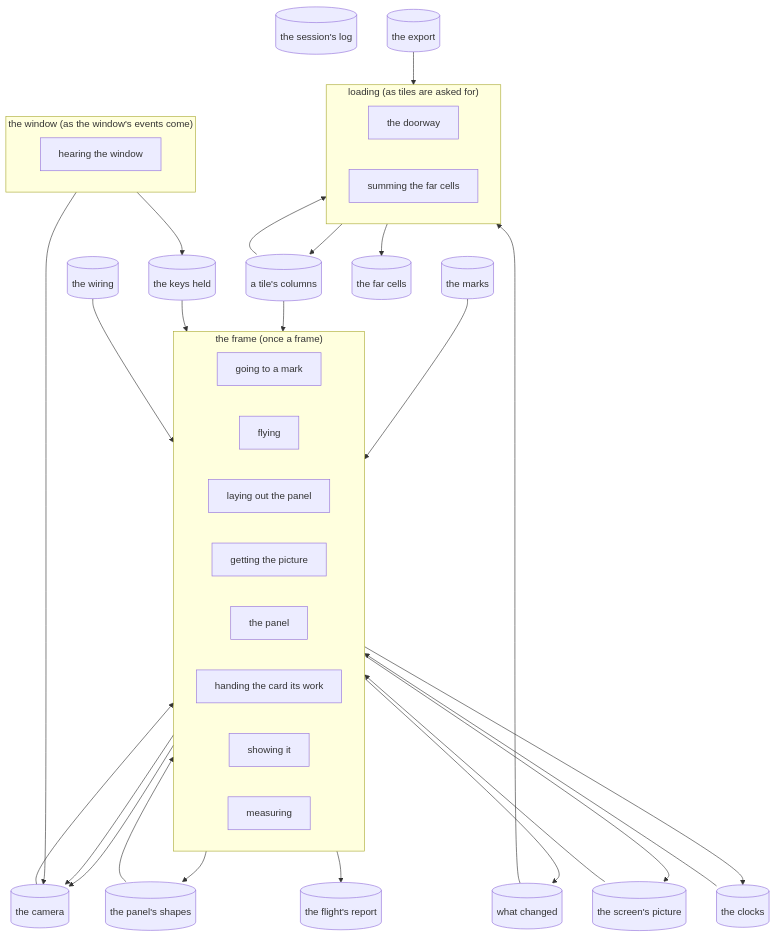
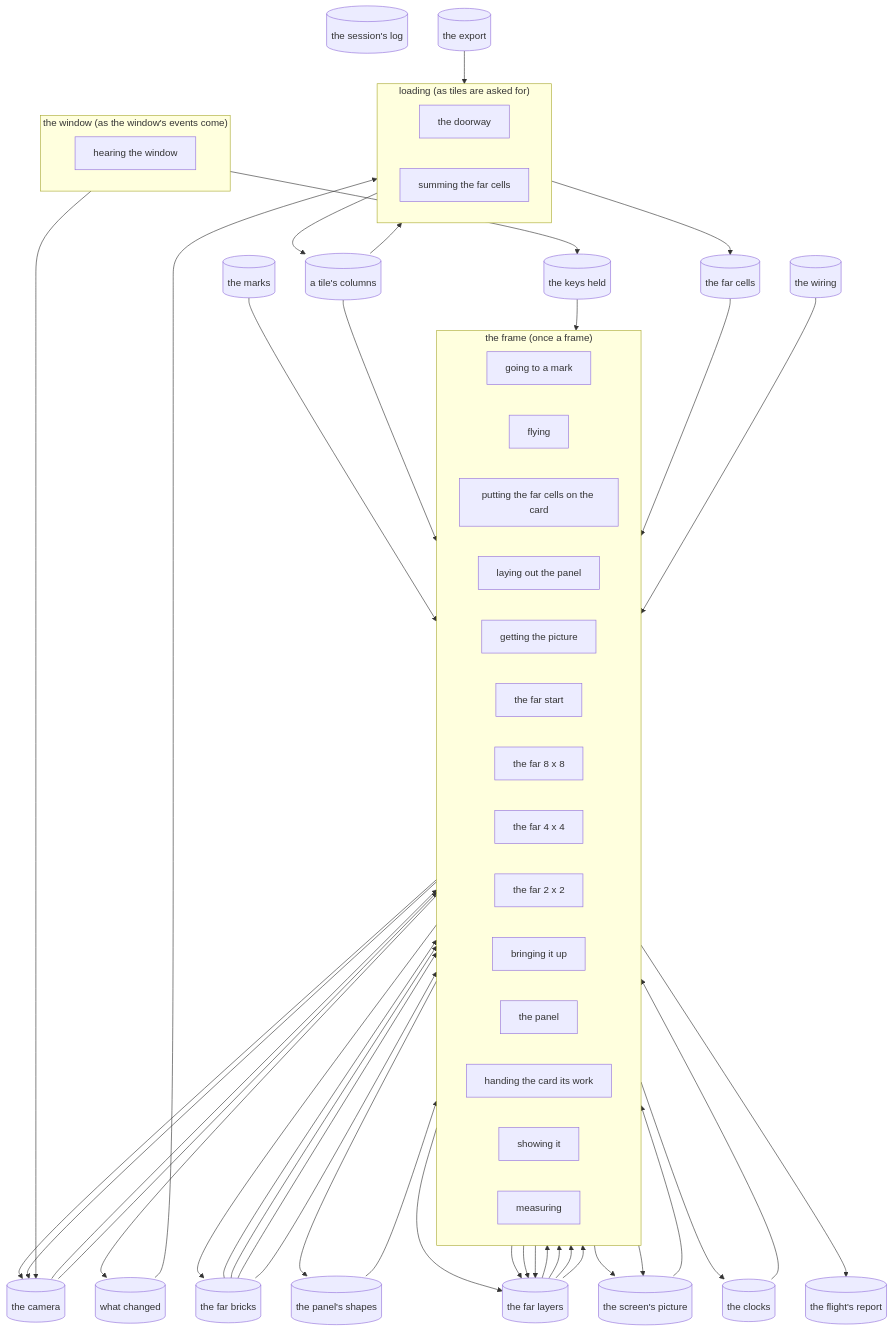
Before and after one commit to david138collins/incus-artus: the diagram in master/map.md, drawn with Mermaid. The commit also changed other lines of this file and 13 other files, not shown here.

````diff
--- a/master/map.md
+++ b/master/map.md
@@ -11,58 +11,82 @@
 ```mermaid
 flowchart TB
   subgraph lane_the_window["the window (as the window's events come)"]
     direction LR
     pass_hearing_the_window["hearing the window"]
   end
   subgraph lane_the_frame["the frame (once a frame)"]
     direction LR
     pass_going_to_a_mark["going to a mark"]
     pass_flying["flying"]
+    pass_putting_the_far_cells_on_the_card["putting the far cells on the card"]
     pass_laying_out_the_panel["laying out the panel"]
     pass_getting_the_picture["getting the picture"]
+    pass_the_far_start["the far start"]
+    pass_the_far_8_x_8["the far 8 x 8"]
+    pass_the_far_4_x_4["the far 4 x 4"]
+    pass_the_far_2_x_2["the far 2 x 2"]
+    pass_bringing_it_up["bringing it up"]
     pass_the_panel["the panel"]
     pass_handing_the_card_its_work["handing the card its work"]
     pass_showing_it["showing it"]
     pass_measuring["measuring"]
   end
   subgraph lane_loading["loading (as tiles are asked for)"]
     direction LR
     pass_the_doorway["the doorway"]
     pass_summing_the_far_cells["summing the far cells"]
   end
   store_the_keys_held[("the keys held")]
   store_the_camera[("the camera")]
   store_the_clocks[("the clocks")]
   store_the_wiring[("the wiring")]
   store_the_panel_s_shapes[("the panel's shapes")]
   store_the_screen_s_picture[("the screen's picture")]
   store_the_flight_s_report[("the flight's report")]
   store_the_session_s_log[("the session's log")]
   store_the_export[("the export")]
   store_a_tile_s_columns[("a tile's columns")]
   store_the_marks[("the marks")]
   store_what_changed[("what changed")]
   store_the_far_cells[("the far cells")]
+  store_the_far_bricks[("the far bricks")]
+  store_the_far_layers[("the far layers")]
   pass_hearing_the_window --> store_the_keys_held
   pass_hearing_the_window --> store_the_camera
   store_the_marks --> pass_going_to_a_mark
   store_a_tile_s_columns --> pass_going_to_a_mark
   pass_going_to_a_mark --> store_the_camera
   pass_going_to_a_mark --> store_what_changed
   store_the_keys_held --> pass_flying
   pass_flying --> store_the_camera
+  store_the_far_cells --> pass_putting_the_far_cells_on_the_card
+  pass_putting_the_far_cells_on_the_card --> store_the_far_bricks
   store_the_camera --> pass_laying_out_the_panel
   store_the_clocks --> pass_laying_out_the_panel
   store_the_wiring --> pass_laying_out_the_panel
   pass_laying_out_the_panel --> store_the_panel_s_shapes
+  store_the_camera --> pass_the_far_start
+  store_the_far_bricks --> pass_the_far_start
+  pass_the_far_start --> store_the_far_layers
+  store_the_far_bricks --> pass_the_far_8_x_8
+  store_the_far_layers --> pass_the_far_8_x_8
+  pass_the_far_8_x_8 --> store_the_far_layers
+  store_the_far_bricks --> pass_the_far_4_x_4
+  store_the_far_layers --> pass_the_far_4_x_4
+  pass_the_far_4_x_4 --> store_the_far_layers
+  store_the_far_bricks --> pass_the_far_2_x_2
+  store_the_far_layers --> pass_the_far_2_x_2
+  pass_the_far_2_x_2 --> store_the_far_layers
+  store_the_far_layers --> pass_bringing_it_up
+  pass_bringing_it_up --> store_the_screen_s_picture
   store_the_panel_s_shapes --> pass_the_panel
   pass_the_panel --> store_the_screen_s_picture
   store_the_screen_s_picture --> pass_showing_it
   pass_measuring --> store_the_clocks
   pass_measuring --> store_the_flight_s_report
   store_the_export --> pass_the_doorway
   store_what_changed --> pass_the_doorway
   pass_the_doorway --> store_a_tile_s_columns
   store_a_tile_s_columns --> pass_summing_the_far_cells
   pass_summing_the_far_cells --> store_the_far_cells
 ```
````
